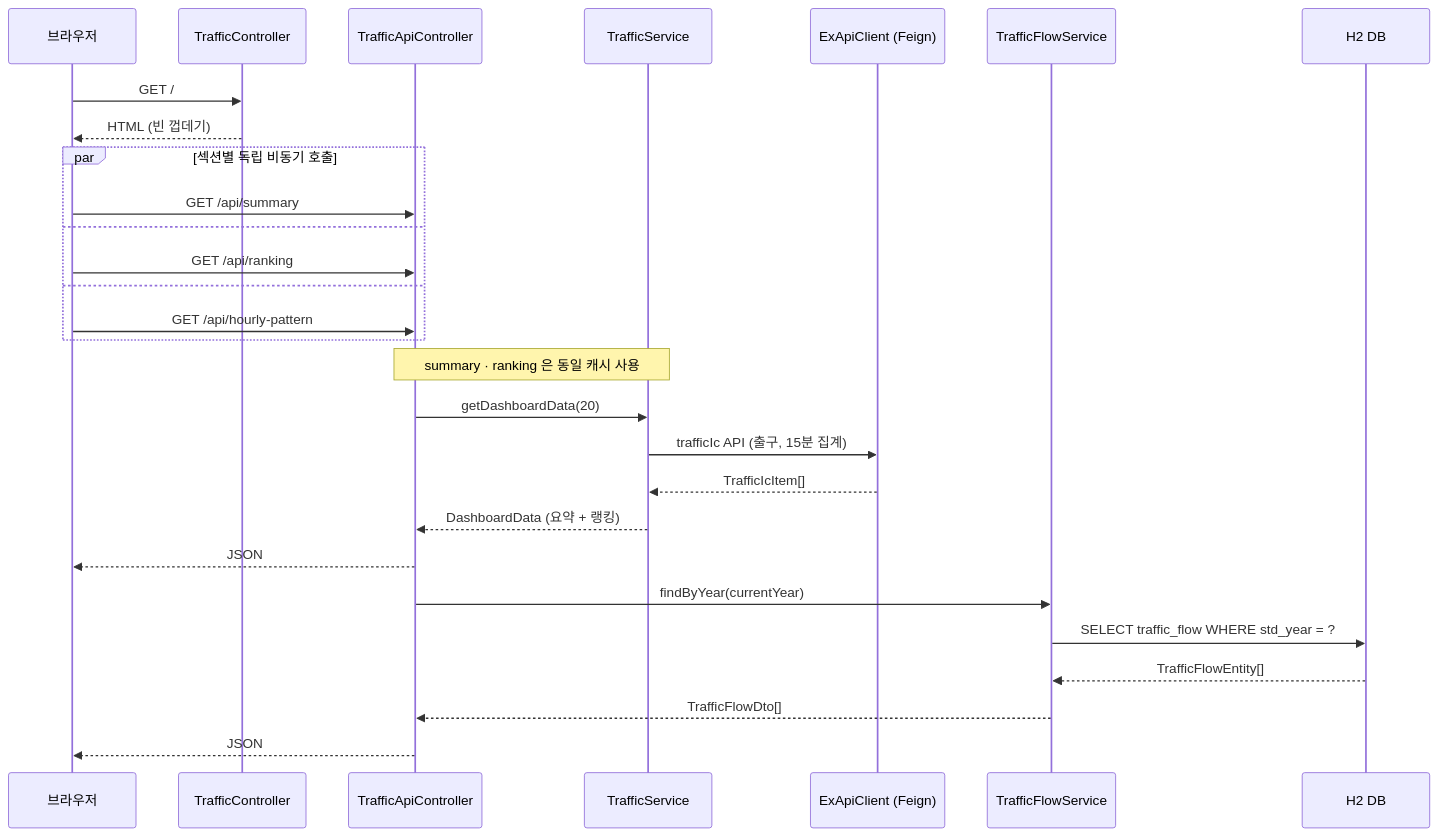
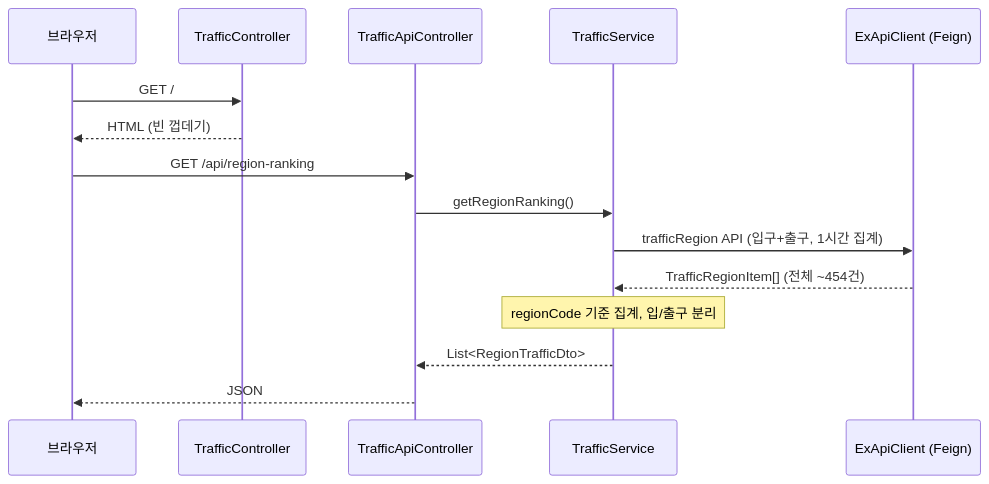
Before and after one commit to jangjisu/vroom-tracker: the first of 3 diagrams in README.md, drawn with Mermaid. The commit also changed other lines of this file, not shown here.

````diff
--- a/README.md
+++ b/README.md
@@ -10,34 +10,19 @@
 ```mermaid
 sequenceDiagram
     participant Browser as 브라우저
     participant TC as TrafficController
     participant AC as TrafficApiController
     participant TS as TrafficService
     participant EX as ExApiClient (Feign)
-    participant TFS as TrafficFlowService
-    participant DB as H2 DB
 
     Browser->>TC: GET /
     TC-->>Browser: HTML (빈 껍데기)
 
-    par 섹션별 독립 비동기 호출
-        Browser->>AC: GET /api/summary
-    and
-        Browser->>AC: GET /api/ranking
-    and
-        Browser->>AC: GET /api/hourly-pattern
-    end
-
-    Note over AC,TS: summary · ranking 은 동일 캐시 사용
-    AC->>TS: getDashboardData(20)
-    TS->>EX: trafficIc API (출구, 15분 집계)
-    EX-->>TS: TrafficIcItem[]
-    TS-->>AC: DashboardData (요약 + 랭킹)
-    AC-->>Browser: JSON
-
-    AC->>TFS: findByYear(currentYear)
-    TFS->>DB: SELECT traffic_flow WHERE std_year = ?
-    DB-->>TFS: TrafficFlowEntity[]
-    TFS-->>AC: TrafficFlowDto[]
+    Browser->>AC: GET /api/region-ranking
+    AC->>TS: getRegionRanking()
+    TS->>EX: trafficRegion API (입구+출구, 1시간 집계)
+    EX-->>TS: TrafficRegionItem[] (전체 ~454건)
+    Note over TS: regionCode 기준 집계, 입/출구 분리
+    TS-->>AC: List<RegionTrafficDto>
     AC-->>Browser: JSON
 ```
````
